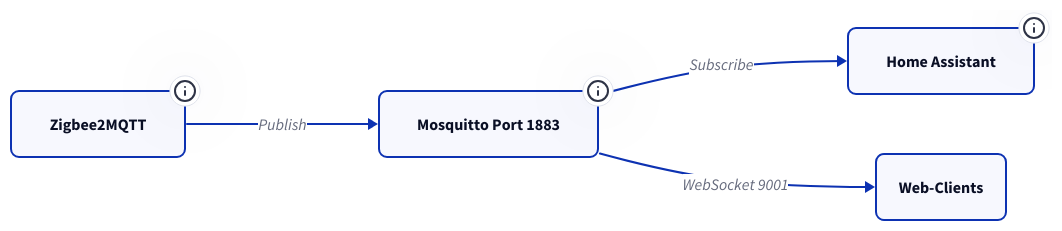
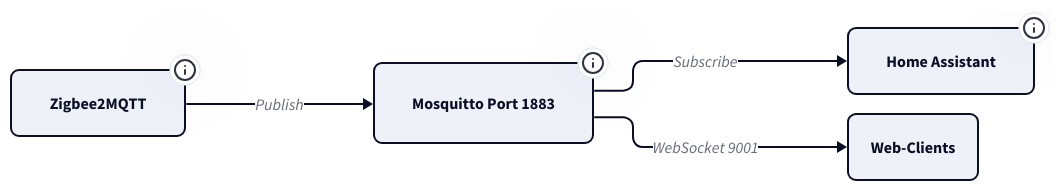
The diagram in docs/iot-stack/referenz.md (derever-labs/homelab-wiki), drawn with D2 before and after one commit. The commit also changed other lines of this file and 109 other files, not shown here.

````diff
--- a/docs/iot-stack/referenz.md
+++ b/docs/iot-stack/referenz.md
@@ -28,12 +27,18 @@
 ```d2
+vars: {
+  d2-config: {
+    theme-id: 1
+    layout-engine: elk
+  }
+}
 direction: right
 
 Z2M: Zigbee2MQTT { style.border-radius: 8; tooltip: "User: z2m" }
-MQ: "Mosquitto Port 1883" { style.border-radius: 8; tooltip: "Port 1883 (MQTT), Port 9001 (WebSocket)\nConsul: mosquitto.service.consul" }
-HA: "Home Assistant" { style.border-radius: 8; tooltip: "User: homeassistant\nVM 1000, 10.0.0.100" }
+MQ: "Mosquitto Port 1883" { style.border-radius: 8; tooltip: "MQTT 1883 / WS 9001 -- mosquitto.service.consul" }
+HA: "Home Assistant" { style.border-radius: 8; tooltip: "User: homeassistant" }
 WS: Web-Clients { style.border-radius: 8 }
 
 Z2M -> MQ: Publish
 MQ -> HA: Subscribe
 MQ -> WS: WebSocket 9001
 ```
````
